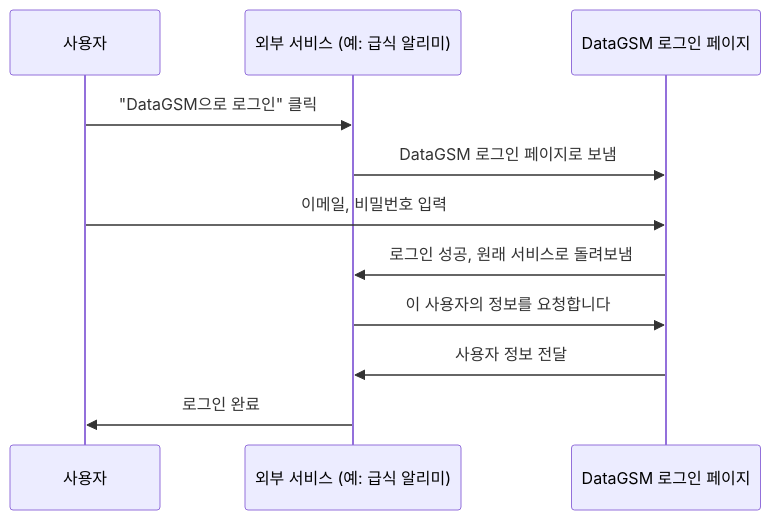
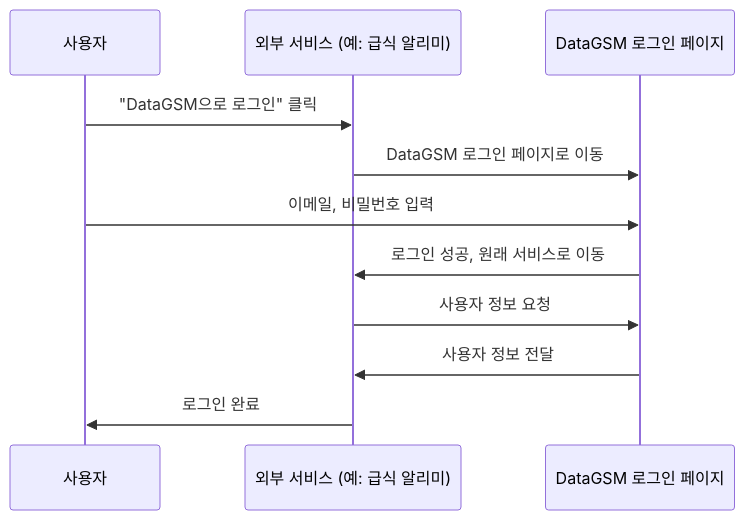
The diagram in 01. 도메인 설명/02. 로그인 (OAuth).md (ZaMan0806/datagsm-handover), drawn with Mermaid before and after one commit. The commit also changed other lines of this file, not shown here.

Commit message:
docs: 로그인 도메인 설명 문장 다듬기

````diff
--- a/01. 도메인 설명/02. 로그인 (OAuth).md
+++ b/01. 도메인 설명/02. 로그인 (OAuth).md
@@ -33,14 +29,14 @@
 ```mermaid
 sequenceDiagram
     participant U as 사용자
     participant S as 외부 서비스 (예: 급식 알리미)
     participant D as DataGSM 로그인 페이지
 
     U->>S: "DataGSM으로 로그인" 클릭
-    S->>D: DataGSM 로그인 페이지로 보냄
+    S->>D: DataGSM 로그인 페이지로 이동
     U->>D: 이메일, 비밀번호 입력
-    D->>S: 로그인 성공, 원래 서비스로 돌려보냄
-    S->>D: 이 사용자의 정보를 요청합니다
+    D->>S: 로그인 성공, 원래 서비스로 이동
+    S->>D: 사용자 정보 요청
     D->>S: 사용자 정보 전달
     S->>U: 로그인 완료
 ```
````
